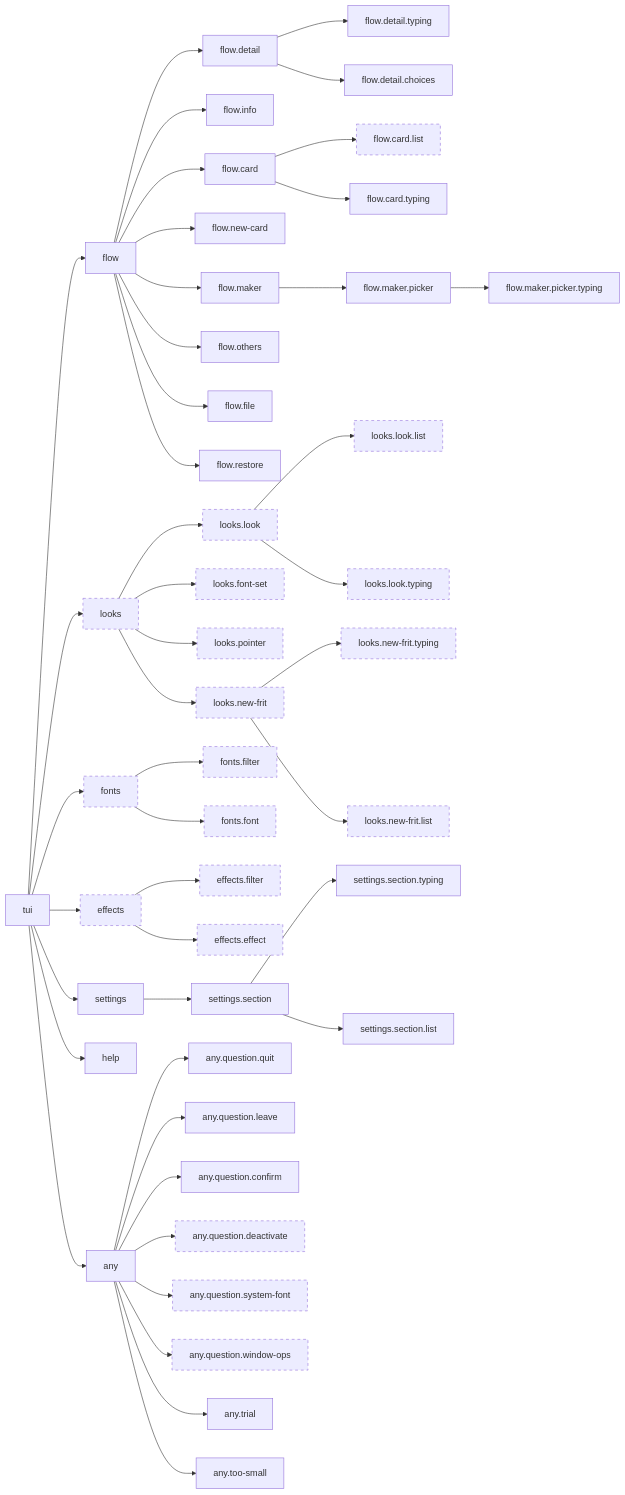
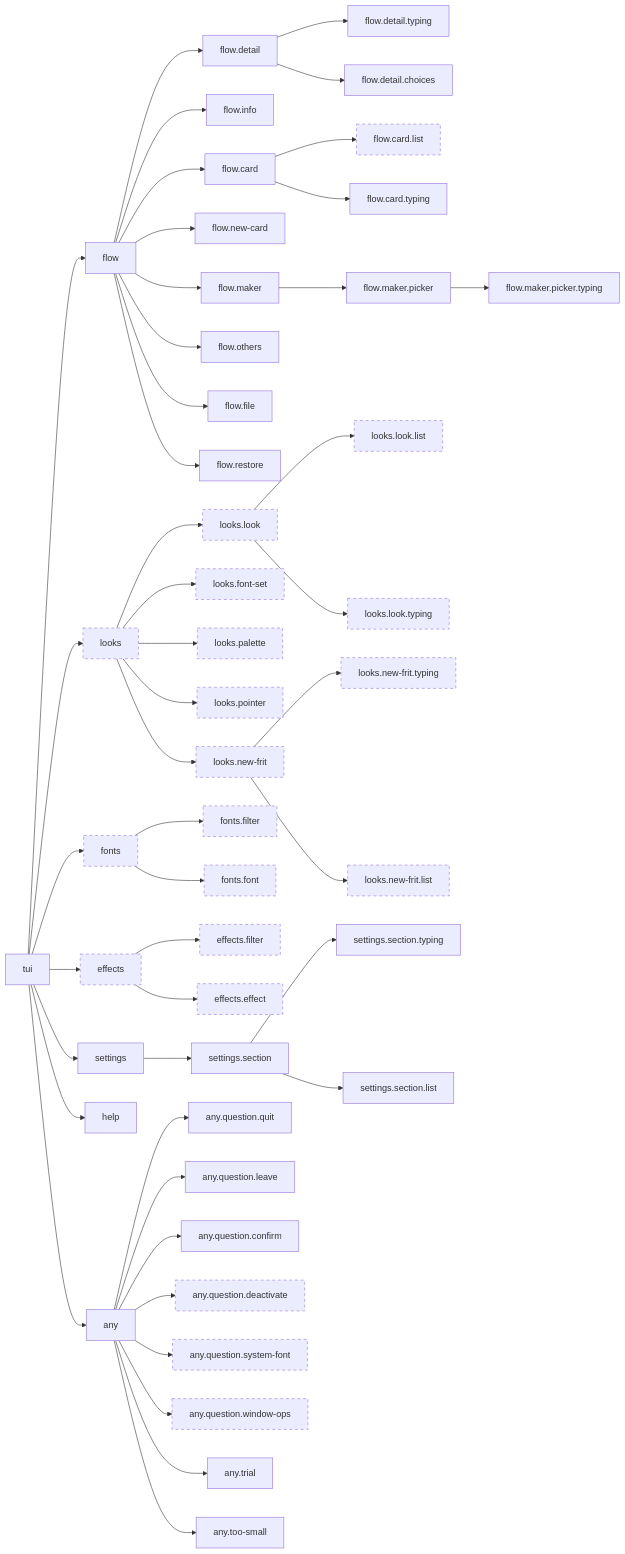
Before and after one commit to vtium/vtium: the diagram in docs/reference/vtium-config-keys.md, drawn with Mermaid. The commit also changed other lines of this file and 1 other file, not shown here.

````diff
--- a/docs/reference/vtium-config-keys.md
+++ b/docs/reference/vtium-config-keys.md
@@ -29,6 +29,7 @@
     looks_look_list["looks.look.list"]
     looks_look_typing["looks.look.typing"]
     looks_font_set["looks.font-set"]
+    looks_palette["looks.palette"]
     looks_pointer["looks.pointer"]
     looks_new_frit["looks.new-frit"]
     looks_new_frit_typing["looks.new-frit.typing"]
@@ -73,6 +74,7 @@
     looks_look --> looks_look_list
     looks_look --> looks_look_typing
     looks --> looks_font_set
+    looks --> looks_palette
     looks --> looks_pointer
     looks --> looks_new_frit
     looks_new_frit --> looks_new_frit_typing
@@ -98,5 +100,5 @@
     any --> any_trial
     any --> any_too_small
     classDef planned stroke-dasharray: 5 5
-    class flow_card_list,looks,looks_look,looks_look_list,looks_look_typing,looks_font_set,looks_pointer,looks_new_frit,looks_new_frit_typing,looks_new_frit_list,fonts,fonts_filter,fonts_font,effects,effects_filter,effects_effect,any_question_deactivate,any_question_system_font,any_question_window_ops planned
+    class flow_card_list,looks,looks_look,looks_look_list,looks_look_typing,looks_font_set,looks_palette,looks_pointer,looks_new_frit,looks_new_frit_typing,looks_new_frit_list,fonts,fonts_filter,fonts_font,effects,effects_filter,effects_effect,any_question_deactivate,any_question_system_font,any_question_window_ops planned
 ```
````
